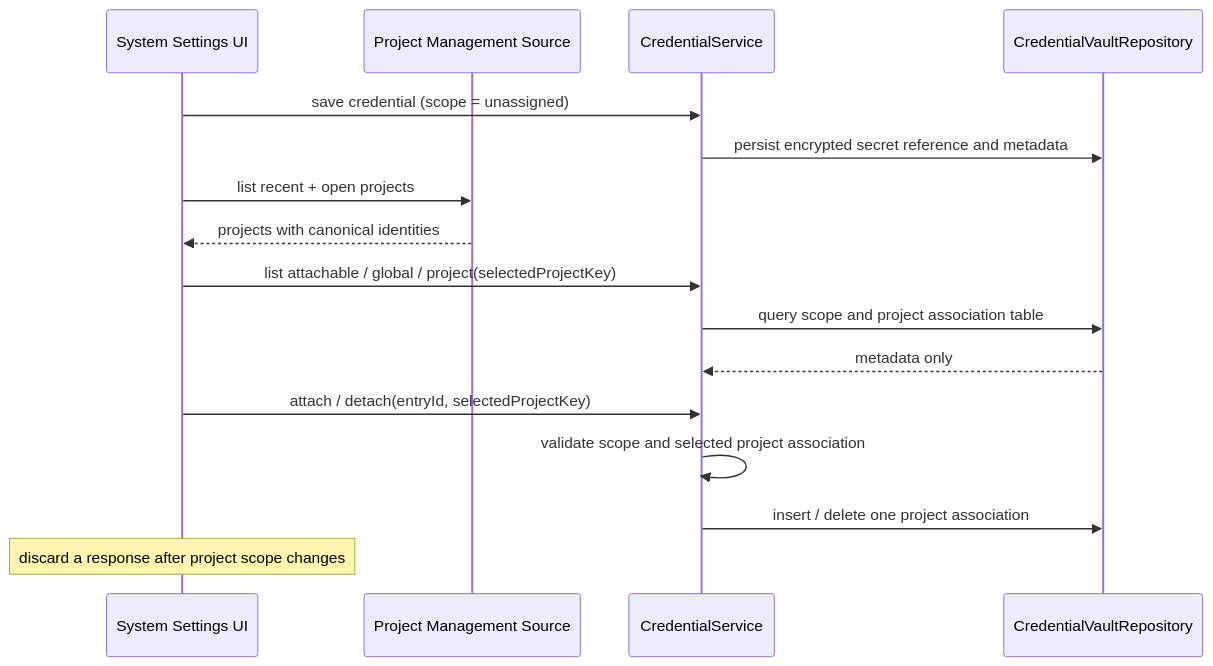
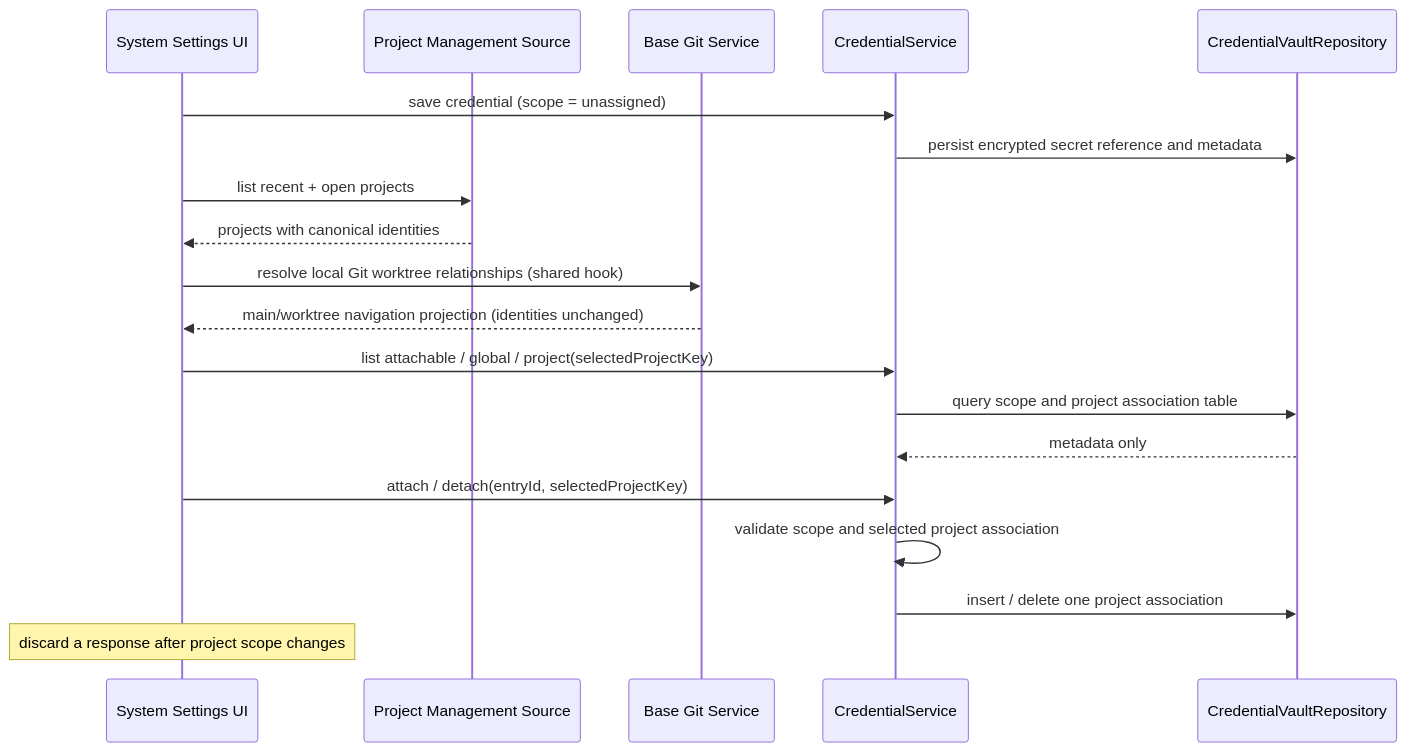
One commit to caiqiqqq/CodeVori changed the diagram in packages/ui/specs/project-credential-scope.md. Above: the diagram before and after it, drawn with Mermaid. The commit also changed other lines of this file and 4 other files, not shown here.

````diff
--- a/packages/ui/specs/project-credential-scope.md
+++ b/packages/ui/specs/project-credential-scope.md
@@ -33,18 +36,21 @@
 ```mermaid
 sequenceDiagram
     participant UI as System Settings UI
     participant Projects as Project Management Source
+    participant Git as Base Git Service
     participant Host as CredentialService
     participant Repo as CredentialVaultRepository
     UI->>Host: save credential (scope = unassigned)
     Host->>Repo: persist encrypted secret reference and metadata
     UI->>Projects: list recent + open projects
     Projects-->>UI: projects with canonical identities
+    UI->>Git: resolve local Git worktree relationships (shared hook)
+    Git-->>UI: main/worktree navigation projection (identities unchanged)
     UI->>Host: list attachable / global / project(selectedProjectKey)
     Host->>Repo: query scope and project association table
     Repo-->>Host: metadata only
     UI->>Host: attach / detach(entryId, selectedProjectKey)
     Host->>Host: validate scope and selected project association
     Host->>Repo: insert / delete one project association
     Note over UI: discard a response after project scope changes
 ```
````
